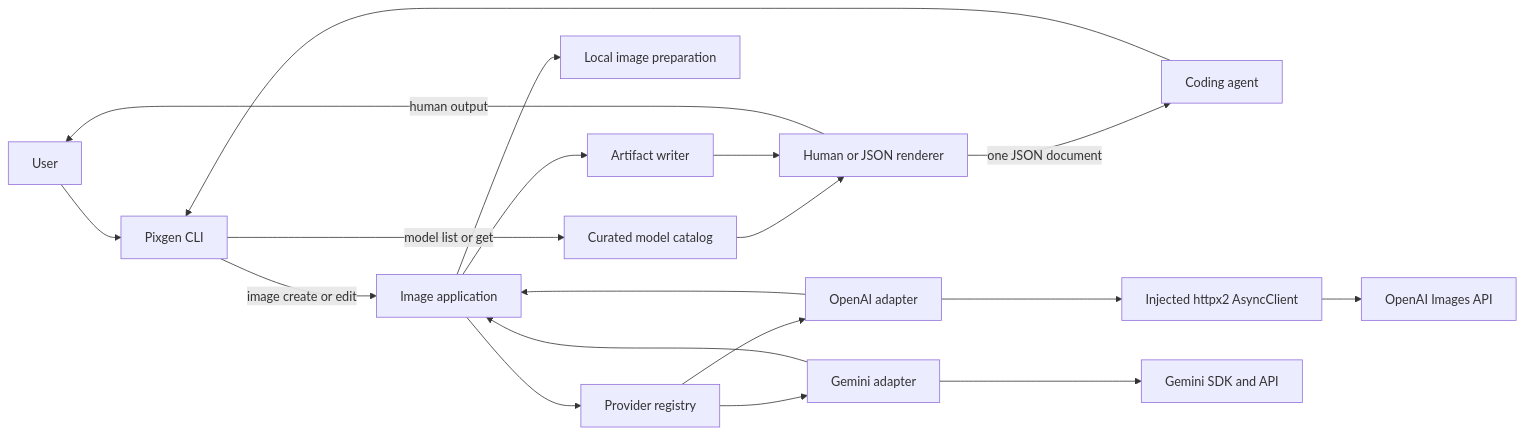
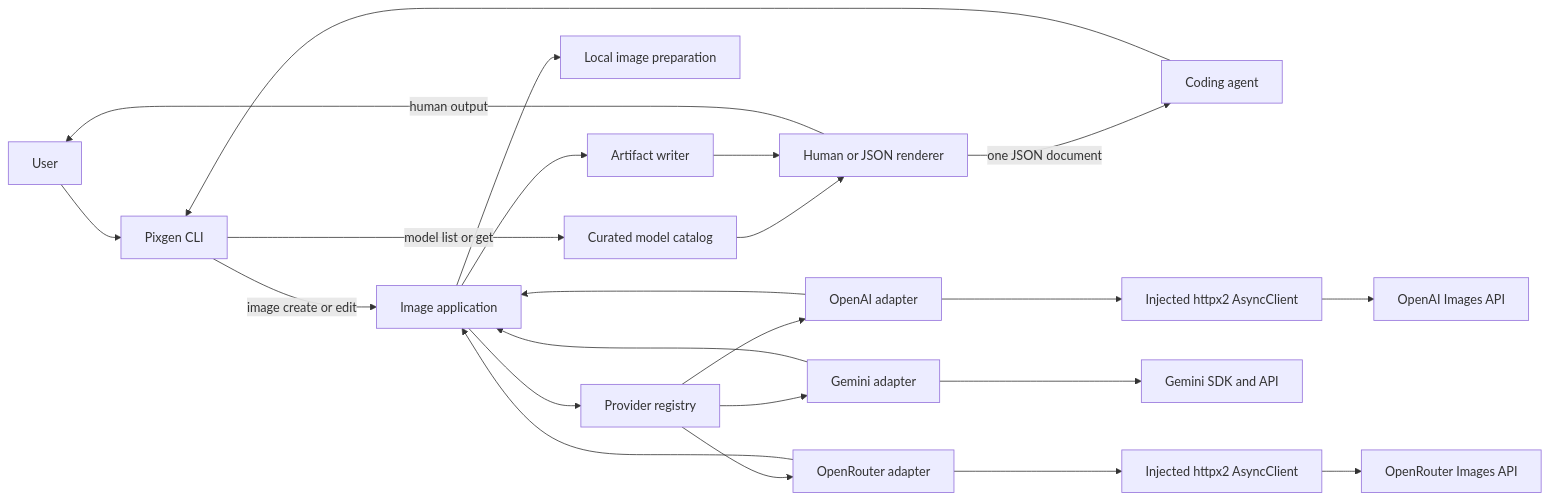
Before and after one commit to difegam/pixgen: the first of 2 diagrams in .knowledge/pixgen.md, drawn with Mermaid. The commit also changed other lines of this file and 8 other files, not shown here.

First line of the commit message:
feat: integrate OpenRouter as a built-in image provider

````diff
--- a/.knowledge/pixgen.md
+++ b/.knowledge/pixgen.md
@@ -243,21 +243,25 @@
 ```mermaid
 flowchart LR
     user[User] --> cli[Pixgen CLI]
     agent[Coding agent] --> cli
     cli -->|model list or get| catalog[Curated model catalog]
     catalog --> render[Human or JSON renderer]
     cli -->|image create or edit| application[Image application]
     application --> images[Local image preparation]
     application --> registry[Provider registry]
     registry --> openai[OpenAI adapter]
     registry --> gemini[Gemini adapter]
+    registry --> openrouter[OpenRouter adapter]
     openai --> httpclient[Injected httpx2 AsyncClient]
     httpclient --> openai_api[OpenAI Images API]
     gemini --> gemini_api[Gemini SDK and API]
+    openrouter --> orclient[Injected httpx2 AsyncClient]
+    orclient --> openrouter_api[OpenRouter Images API]
     openai --> application
     gemini --> application
+    openrouter --> application
     application --> artifacts[Artifact writer]
     artifacts --> render
     render -->|human output| user
     render -->|one JSON document| agent
 ```
````
